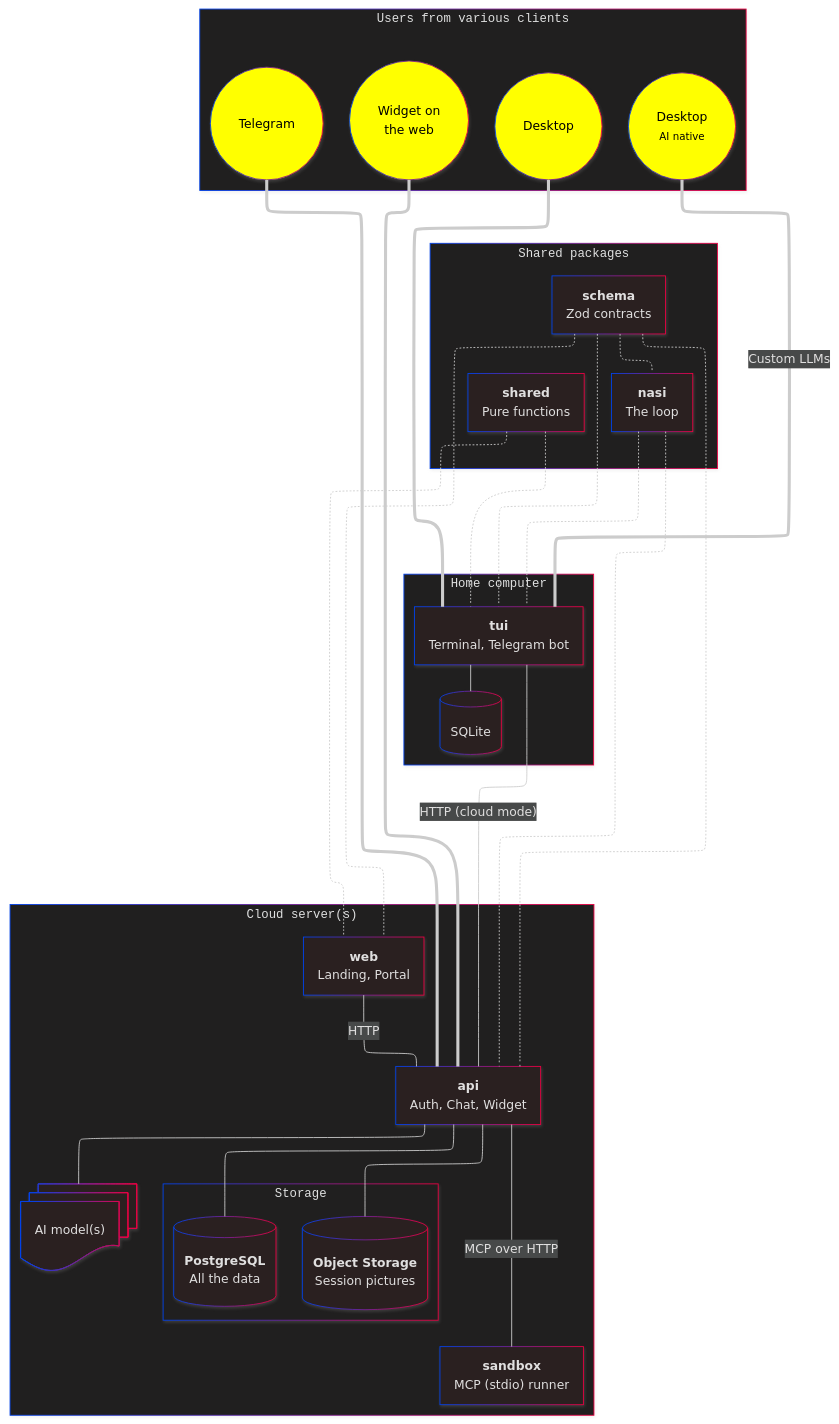
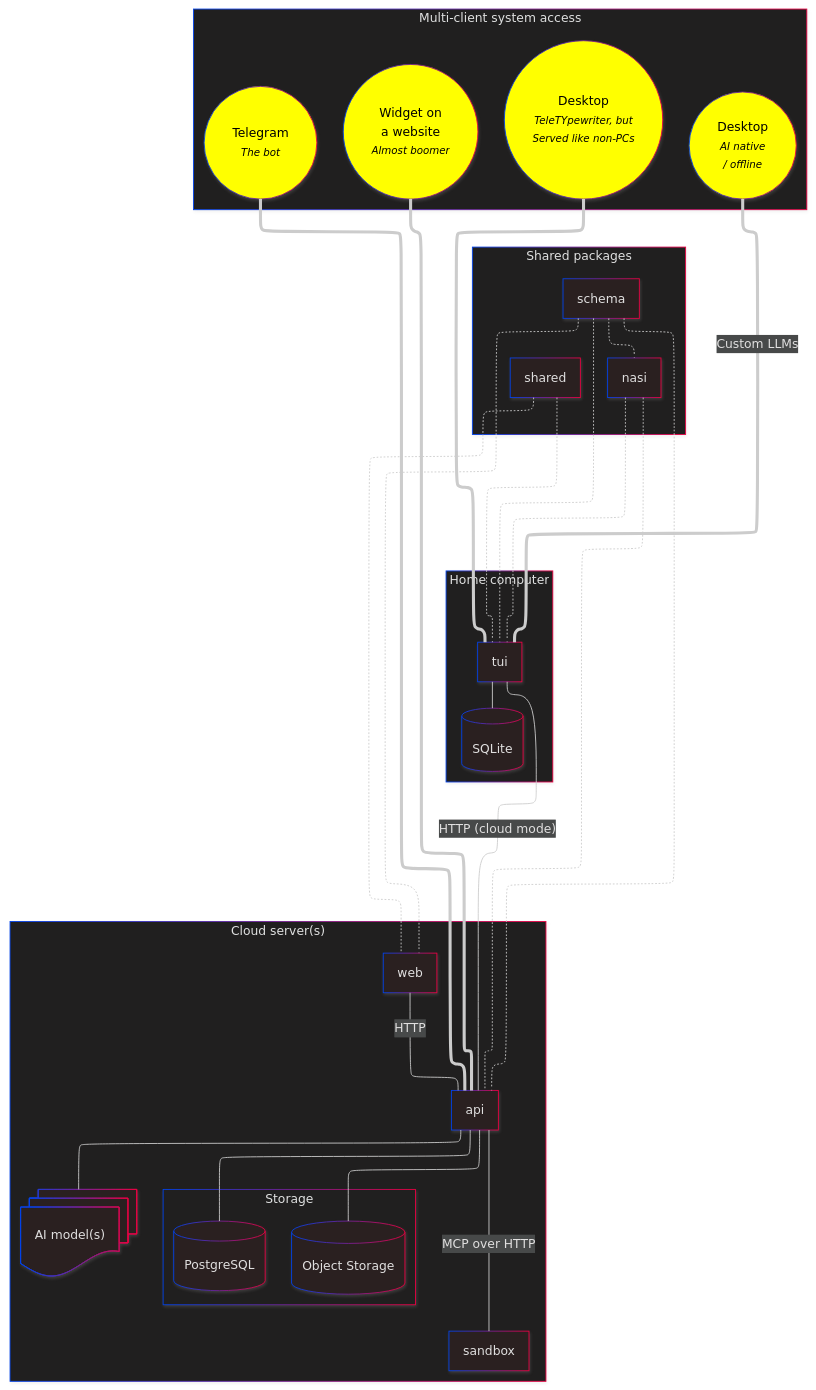
Before and after one commit to SubZtep/kaja: the diagram in README.md, drawn with Mermaid. The commit also changed 2 other files, not shown here.

Commit message:
docs: viva nasi

````diff
--- a/README.md
+++ b/README.md
@@ -94,63 +94,63 @@
 ```mermaid
 ---
 config:
   look: neo
   theme: neo-dark
   layout: elk
   elk:
     nodePlacementStrategy: LINEAR_SEGMENTS
 ---
 flowchart TB
-    subgraph Users["<tt>Users from various clients</tt>"]
-      USER1((Desktop<br><small>AI native</small>)):::person
-      USER2((Desktop)):::person
-      USER3((Telegram)):::person
-      USER4((Widget on<br>the web)):::person
+    subgraph Users["Multi-client system access"]
+      USER1((Desktop<br><small><em>AI native<br>/ offline</em></small>)):::person
+      USER2((Desktop<br><small><em>TeleTYpewriter, but<br>Served like non-PCs</em></small>)):::person
+      USER3((Telegram<br><small><em>The bot</em></small>)):::person
+      USER4((Widget on<br>a website<br><small><em>Almost boomer</em></small>)):::person
     end
 
-    subgraph Local["<tt>Home computer</tt>"]
-        TUI["<b>tui</b><br>Terminal, Telegram bot"]
+    subgraph Local["Home computer"]
+        TUI["tui"]
         SQL[("SQLite")]
     end
 
-    subgraph Apps["<tt>Cloud server(s)</tt>"]
-        API["<b>api</b><br>Auth, Chat, Widget"]
-        WEB["<b>web</b><br>Landing, Portal"]
-        SANDBOX["<b>sandbox</b><br>MCP (stdio) runner"]
-        subgraph Data["<tt>Storage</tt>"]
-            DB[("<b>PostgreSQL</b><br>All the data")]
-            S3[("<b>Object Storage</b><br>Session pictures")]
+    subgraph Apps["Cloud server(s)"]
+        API["api"]
+        WEB["web"]
+        SANDBOX["sandbox"]
+        subgraph Data["Storage"]
+            DB[("PostgreSQL")]
+            S3[("Object Storage")]
         end
         LLM@{ shape: docs, label: "AI model(s)" }
     end
 
-    subgraph Packages["<tt>Shared packages</tt>"]
-        NASI["<b>nasi</b><br>The loop"]
-        SCHEMA["<b>schema</b><br>Zod contracts"]
-        SHARED["<b>shared</b><br>Pure functions"]
+    subgraph Packages["Shared packages"]
+        NASI["nasi"]
+        SCHEMA["schema"]
+        SHARED["shared"]
     end
 
     USER1 == Custom LLMs === TUI
     USER2 === TUI
     USER3 === API
     USER4 === API
 
     API --- DB
     API --- S3
     API --- LLM
     TUI --- SQL
     WEB ---|HTTP| API
     TUI ---|"HTTP (cloud mode)"| API
     API ---|"MCP over HTTP"| SANDBOX
 
     NASI -.- API
     NASI -.- TUI
     SCHEMA -.- API
     SCHEMA -.- WEB
     SCHEMA -.- TUI
     SCHEMA -.- NASI
     SHARED -.- WEB
     SHARED -.- TUI
 
     classDef person fill:#ffff00,color:#000000
 ```
````
